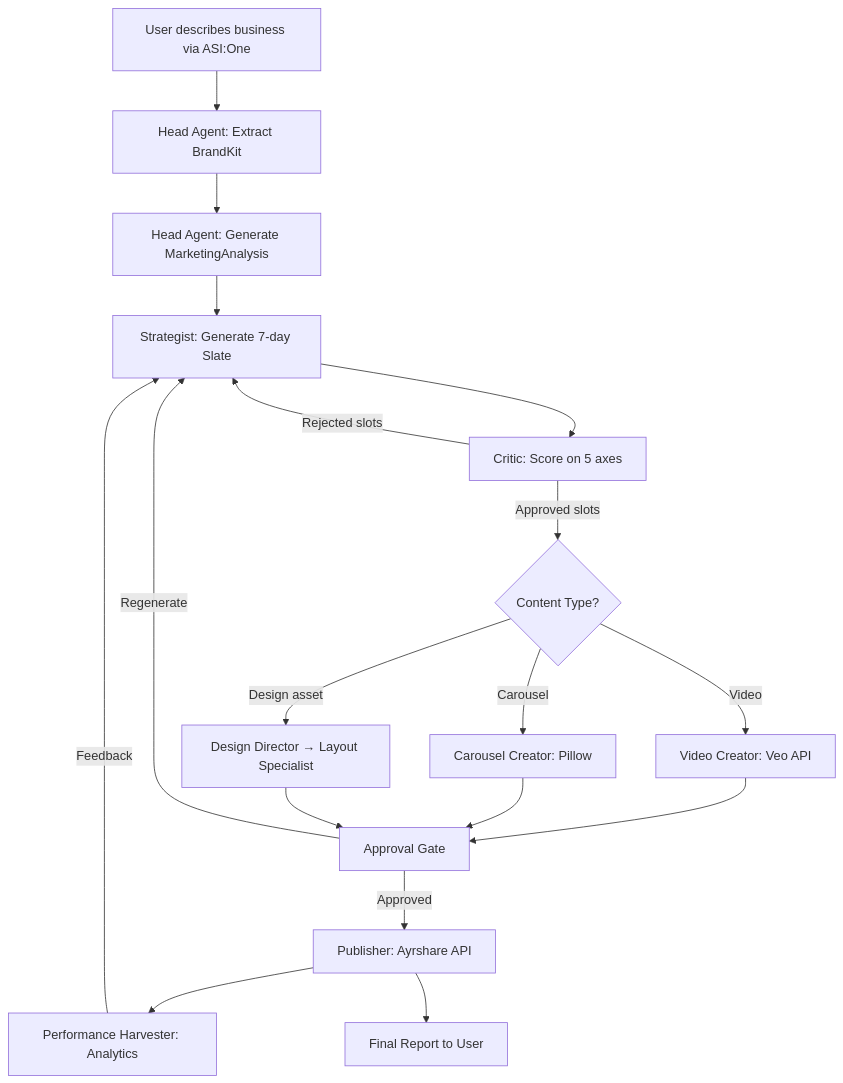
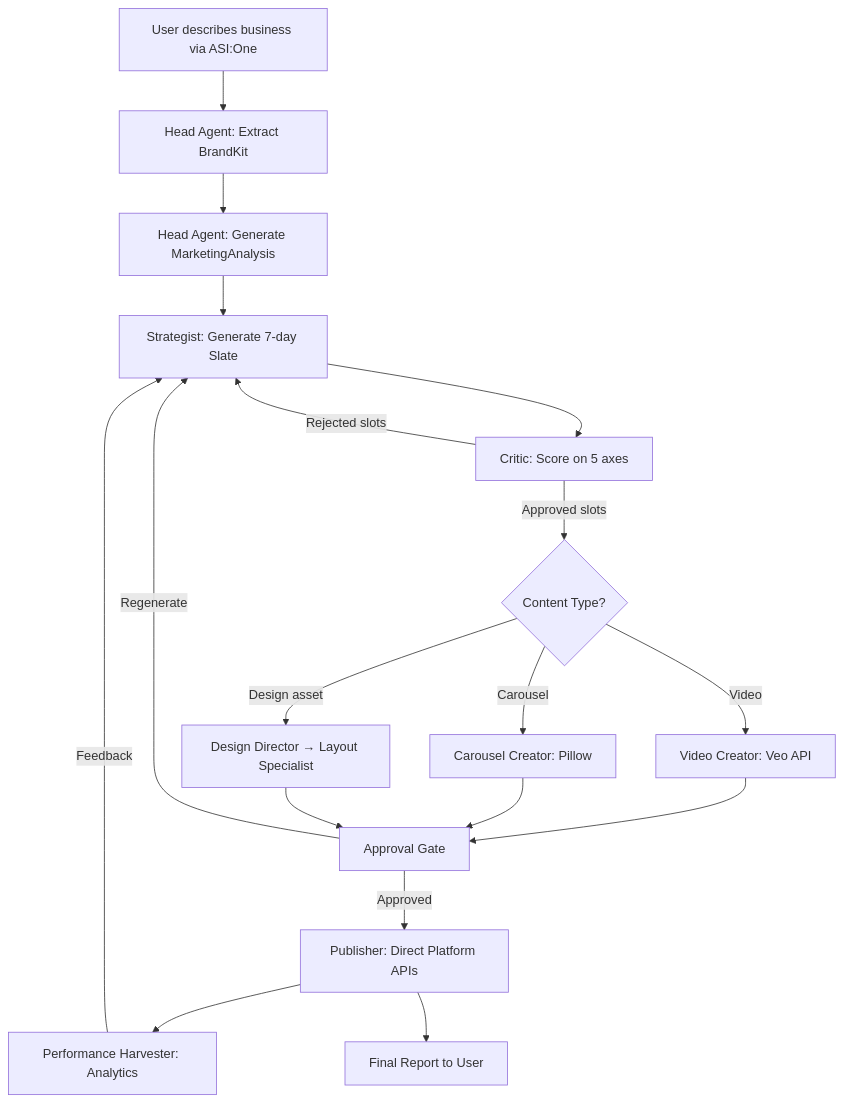
One commit to AgentBuffer/AgentBuffer changed the first of 2 diagrams in README.md. Above: the diagram before and after it, drawn with Mermaid. The commit also changed other lines of this file and 19 other files, not shown here.

First line of the commit message:
feat: replace Ayrshare with direct platform APIs

````diff
--- a/README.md
+++ b/README.md
@@ -115,20 +115,20 @@
 ```mermaid
 flowchart TD
     A[User describes business via ASI:One] --> B[Head Agent: Extract BrandKit]
     B --> C[Head Agent: Generate MarketingAnalysis]
     C --> D[Strategist: Generate 7-day Slate]
     D --> E[Critic: Score on 5 axes]
     E -->|Rejected slots| D
     E -->|Approved slots| F{Content Type?}
     F -->|Video| G[Video Creator: Veo API]
     F -->|Carousel| H[Carousel Creator: Pillow]
     F -->|Design asset| I[Design Director → Layout Specialist]
     G --> J[Approval Gate]
     H --> J
     I --> J
-    J -->|Approved| K[Publisher: Ayrshare API]
+    J -->|Approved| K[Publisher: Direct Platform APIs]
     K --> L[Performance Harvester: Analytics]
     L -->|Feedback| D
     J -->|Regenerate| D
     K --> M[Final Report to User]
 ```
````
